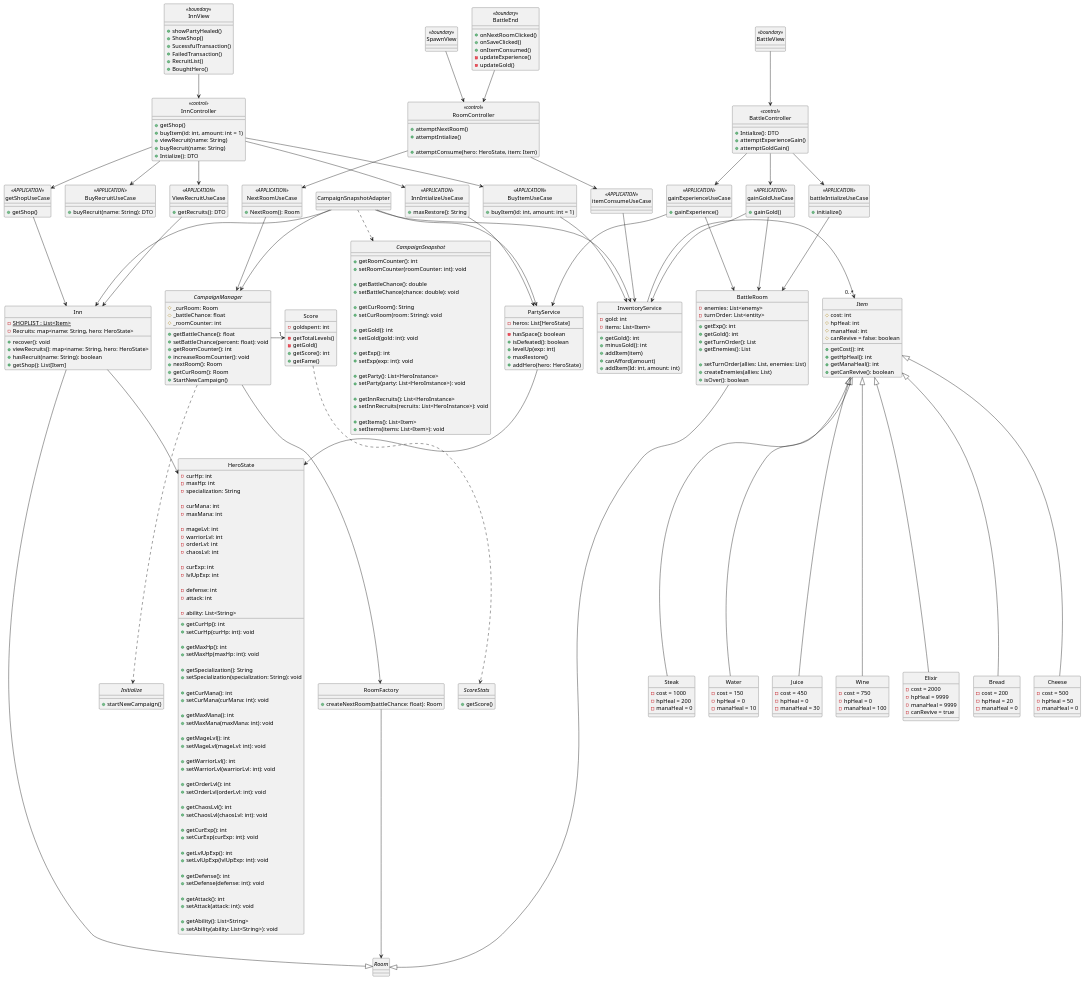
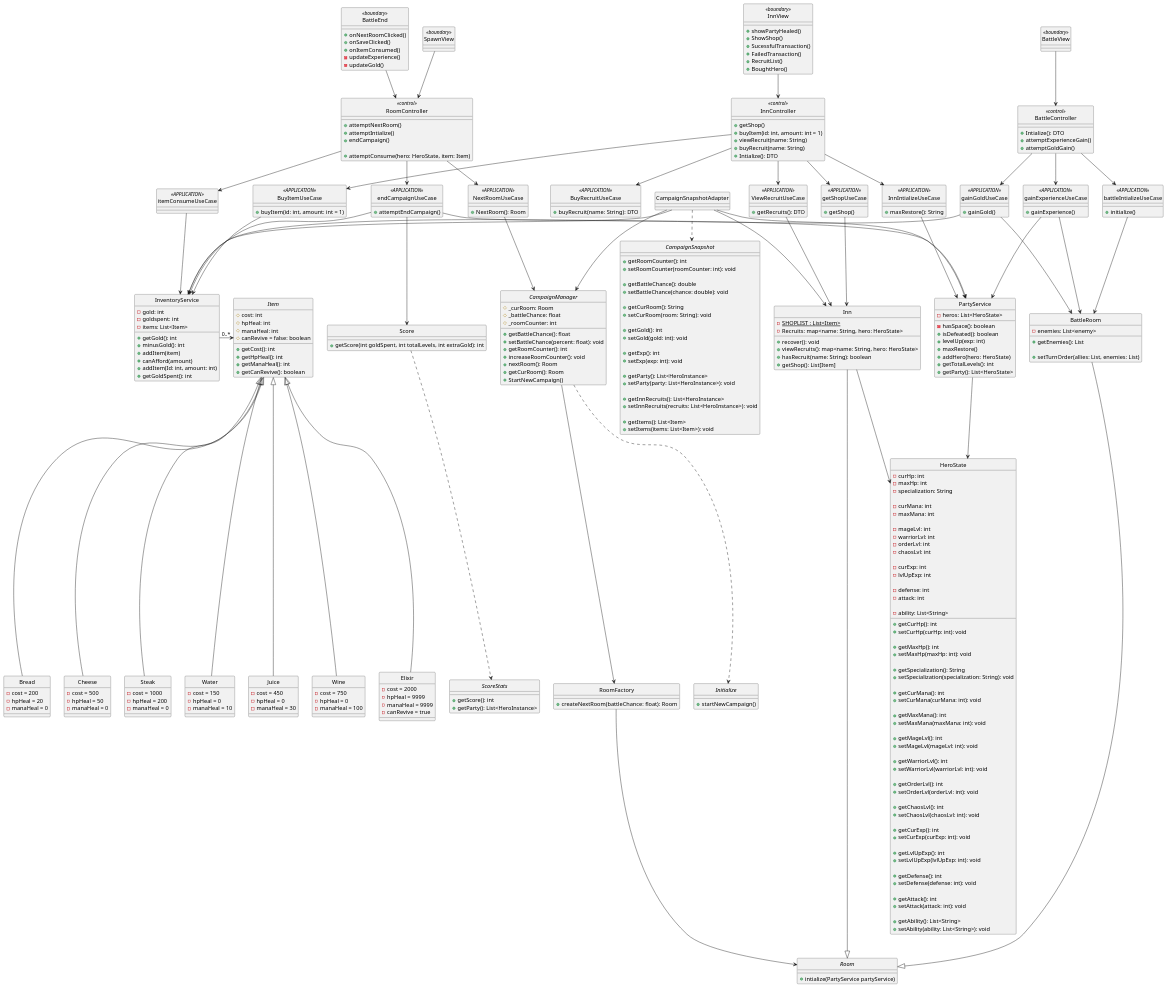
The diagram in rpg-legends/campaign-progression/docs/uml/services/class/inn.puml (JosefG50/2203-Legends-of-Sword-and-Wand), drawn with PlantUML before and after one commit. The commit also changed 39 other files, not shown here.

```diff
--- a/rpg-legends/campaign-progression/docs/uml/services/class/inn.puml
+++ b/rpg-legends/campaign-progression/docs/uml/services/class/inn.puml
@@ -40,8 +40,14 @@
 class RoomController <<control>>{
     + attemptNextRoom()
     + attemptIntialize()
+    + endCampaign()
 
     + attemptConsume(hero: HeroState, item: Item)
+}
+
+
+class endCampaignUseCase <<APPLICATION>>{
+    + attemptEndCampaign()
 }
 
 class gainExperienceUseCase <<APPLICATION>>{
@@ -90,45 +96,38 @@
 }
 class BattleRoom{
     - enemies: List<enemy>
-    - turnOrder: List<entity>
 
-    + getExp(): int
-    + getGold(): int
-    + getTurnOrder(): List
     + getEnemies(): List
 
     + setTurnOrder(allies: List, enemies: List)
-    + createEnemies(allies: List)
-    + isOver(): boolean
-
-
 }
 class PartyService{
-    - heros: List[HeroState]
+    - heros: List<HeroState>
 
     - hasSpace(): boolean
     + isDefeated(): boolean
     + levelUp(exp: int)
     + maxRestore()
     + addHero(hero: HeroState)
+    + getTotalLevels(): int
+    + getParty(): List<HeroState>
 }
 class InventoryService{
     - gold: int
+    - goldspent: int
     - items: List<Item>
     + getGold(): int
     + minusGold(): int
     + addItem(item)
     + canAfford(amount)
     + addItem(Id: int, amount: int)
+    + getGoldSpent(): int
+
 }
 
 
-class Score{
-    - goldspent: int 
-    - getTotalLevels()
-    - getGold()
-    + getScore(): int
-    + getFame() 
+class Score{    
+    + getScore(int goldSpent, int totalLevels, int extraGold): int
 }
 abstract class CampaignManager{
     #_curRoom: Room
@@ -146,6 +145,7 @@
         + startNewCampaign()
     }
 interface Room{
+    + intialize(PartyService partyService)
 
 }
 class HeroState {
@@ -259,7 +259,8 @@
 }
 
 interface ScoreStats{
-        + getScore()
+        + getScore(): int
+        + getParty(): List<HeroInstance>
     }
  interface CampaignSnapshot {
         + getRoomCounter(): int
@@ -345,6 +346,10 @@
 InnIntializeUseCase-->  PartyService
 BuyItemUseCase  --> InventoryService
 
+RoomController -> endCampaignUseCase
+endCampaignUseCase --> Score
+endCampaignUseCase --> InventoryService
+endCampaignUseCase --> PartyService
 
 Inn  --|> Room
 BattleRoom  --|> Room
@@ -352,7 +357,6 @@
 PartyService --> HeroState
 
 
-CampaignManager -> "1" Score
 
 InventoryService -> "0..*" Item
 
```
